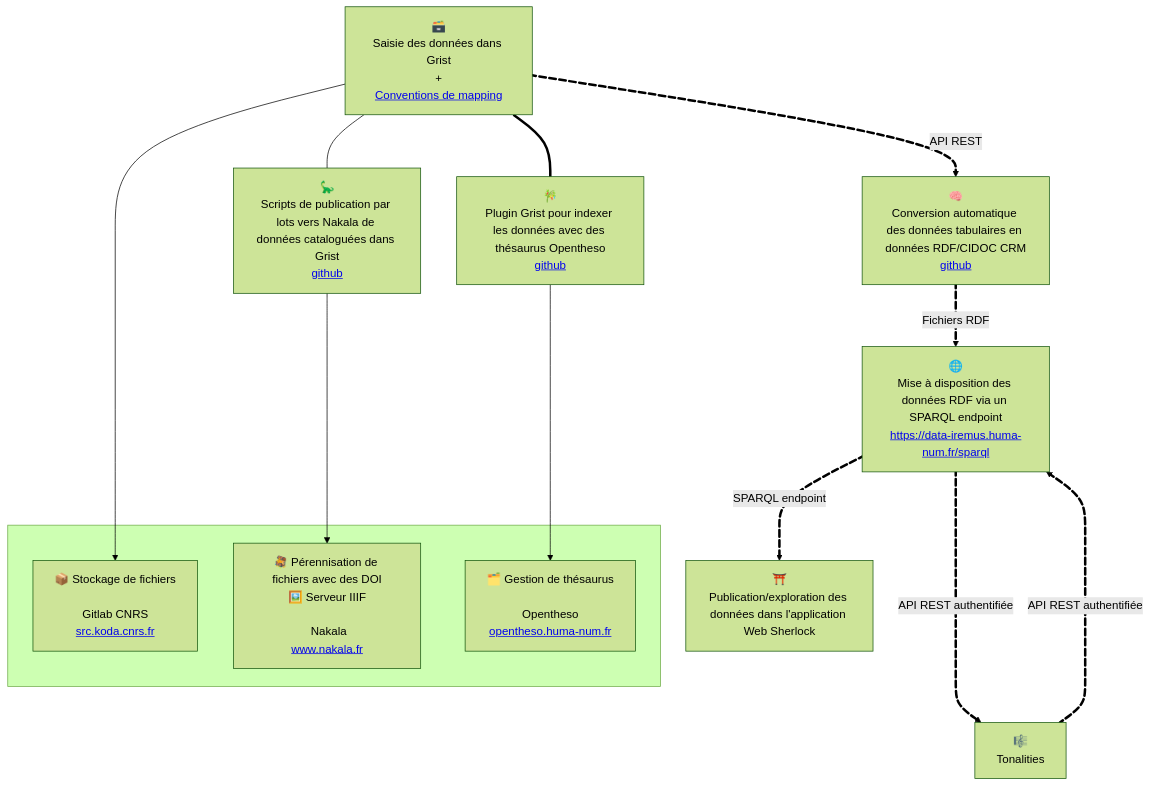
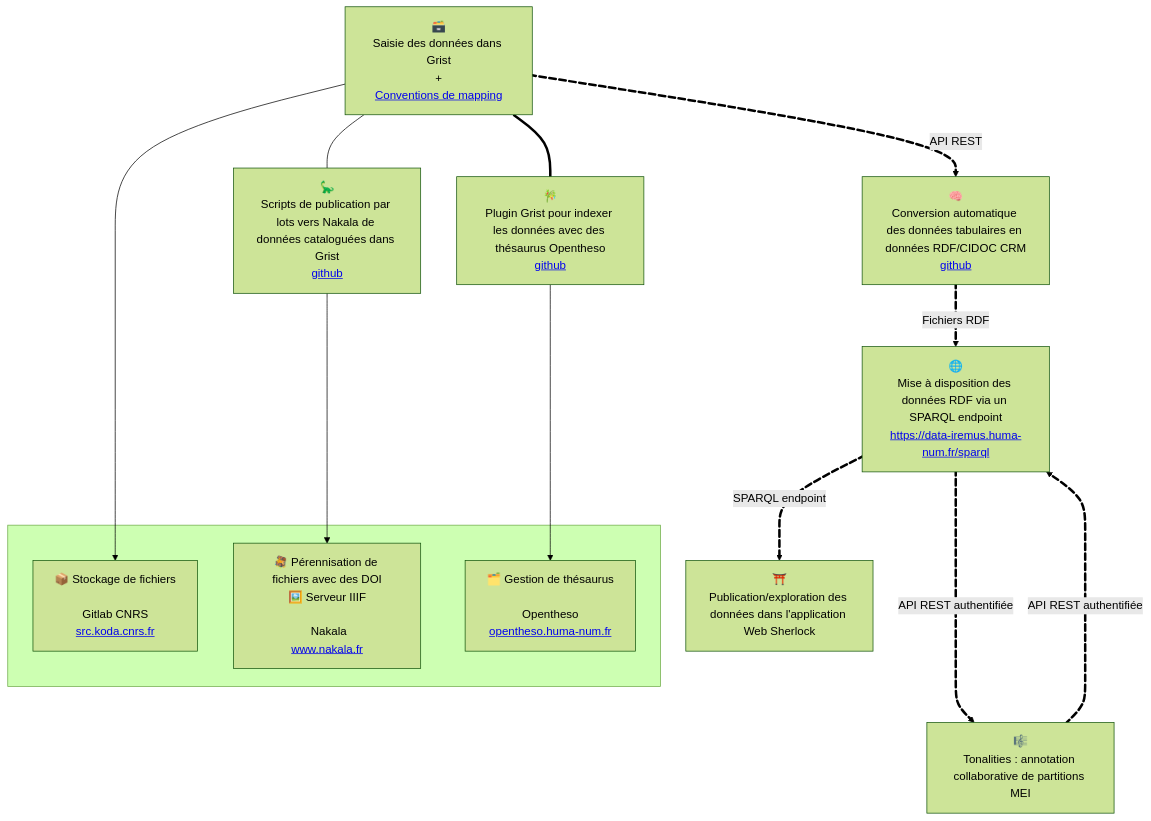
The diagram in README.md (sherlock-iremus/sherlock), drawn with Mermaid (forest theme) before and after one commit.

````diff
--- a/README.md
+++ b/README.md
@@ -48,34 +48,34 @@
 ```mermaid
     flowchart TB
     
     subgraph  
     koda[📦 Stockage de fichiers<br><br>Gitlab CNRS<br><a href="https://src.koda.cnrs.fr/">src.koda.cnrs.fr</a>]
     nakala[🪎 Pérennisation de fichiers avec des DOI<br>🖼️ Serveur IIIF<br><br> Nakala<br><a href="https://www.nakala.fr/">www.nakala.fr</a>]
     hnot[🗂️ Gestion de thésaurus<br><br>Opentheso<br><a href="https://opentheso.huma-num.fr/">opentheso.huma-num.fr</a>]
     end
     
     grist[🗃️<br>Saisie des données dans Grist<br>+<br><a href="https://github.com/sherlock-iremus/sherlock-grist-to-crm/blob/main/doc/mapping.md">Conventions de mapping</a>]
     sdnakala[🦕<br>Scripts de publication par lots vers Nakala de données cataloguées dans Grist<br><a href="https://github.com/sherlock-iremus/sherlock-deno">github</a>]
     gop[🎋<br>Plugin Grist pour indexer les données avec des thésaurus Opentheso<br><a href="https://github.com/sherlock-iremus/sherlock-grist-opentheso-plugin">github</a>]
     scripts[🧠<br>Conversion automatique des données tabulaires en données RDF/CIDOC CRM<br><a href="https://github.com/sherlock-iremus/sherlock-grist-to-crm">github</a>]
     sparql[🌐<br>Mise à disposition des données RDF via un SPARQL endpoint<br><a href="https://data-iremus.huma-num.fr/sparql">https://data-iremus.huma-num.fr/sparql</a>]
     sherlock[⛩️<br>Publication/exploration des données dans l'application Web Sherlock]
-    tonalities[🎼<br>Tonalities]
+    tonalities[🎼<br>Tonalities : annotation collaborative de partitions MEI]
 
     grist e1@==>|API REST| scripts
     scripts e2@==>|Fichiers RDF| sparql
     sparql e3@==>|SPARQL endpoint| sherlock
     sparql e4@===>|API REST authentifiée| tonalities 
     tonalities e5@===>|API REST authentifiée| sparql
 
 
     e1@{ animate: true }
     e2@{ animate: true }
     e3@{ animate: true }
     e4@{ animate: true }
     e5@{ animate: true }
     
     grist ---> koda
     grist === gop ---> hnot
     grist --- sdnakala ---> nakala
 ```
````
